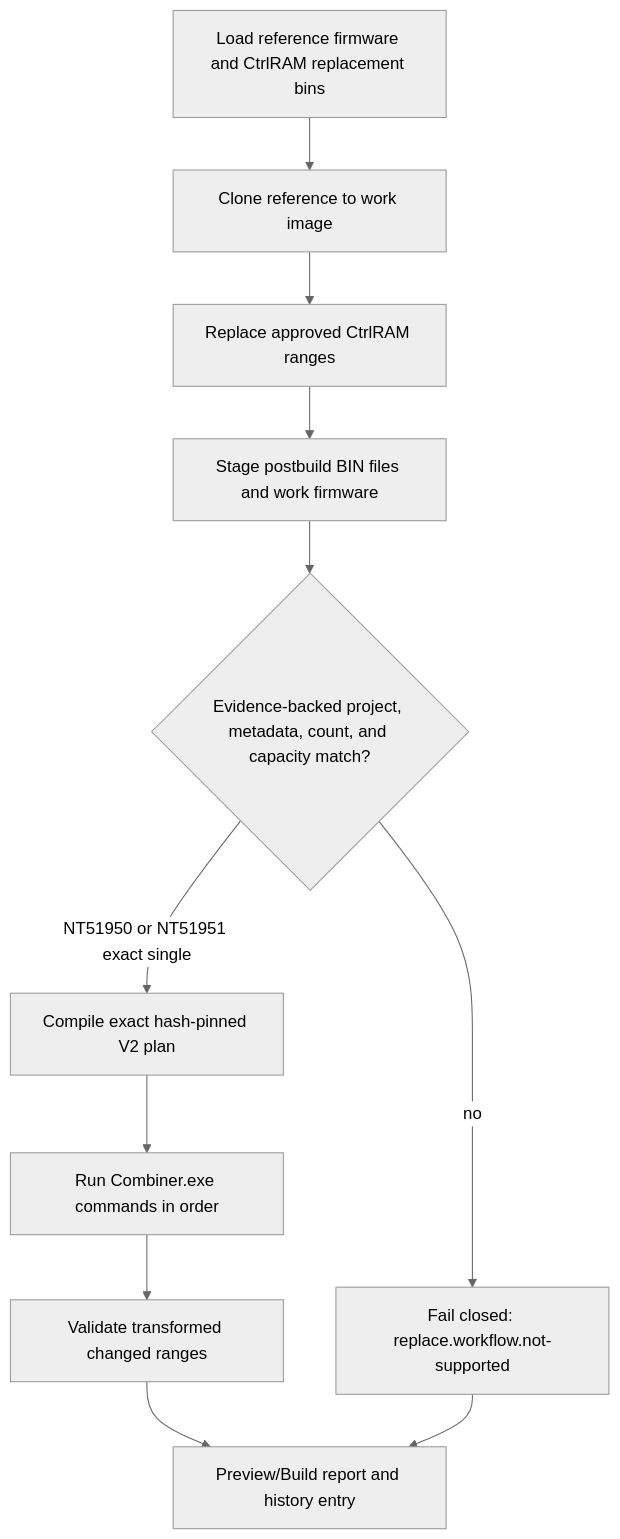
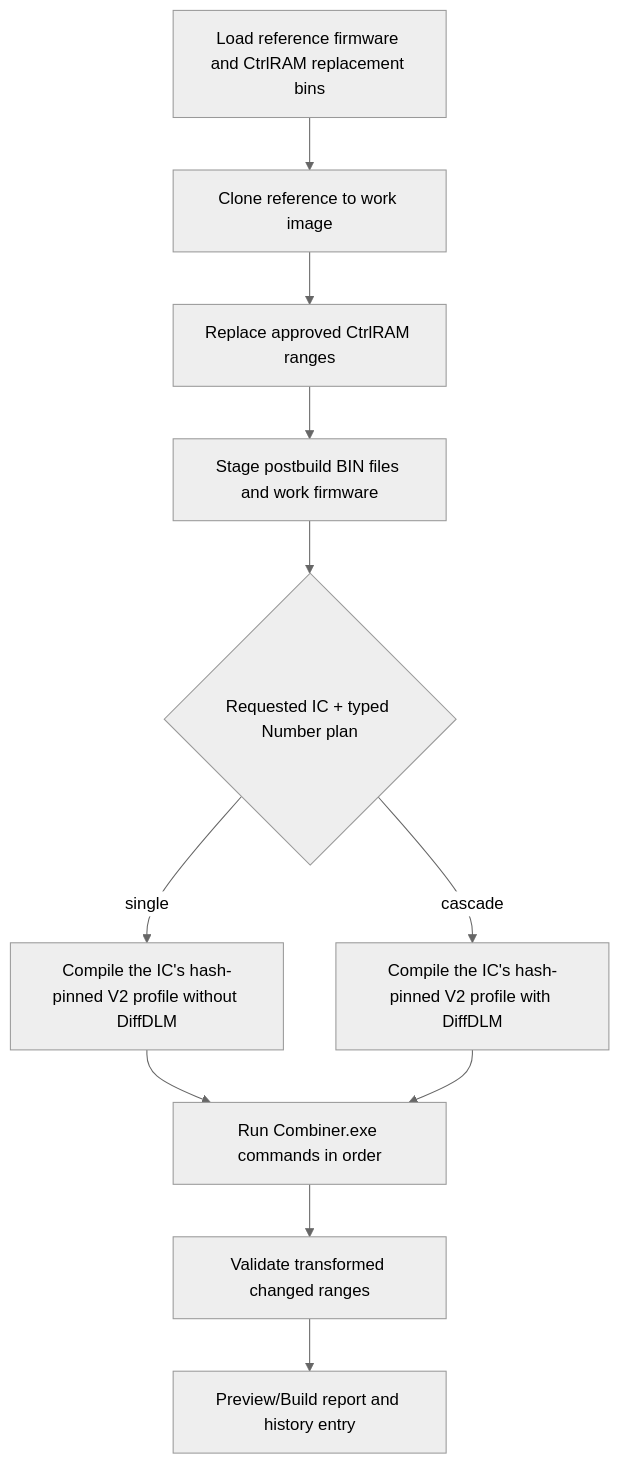
One commit to Dennis40816/nvt_fw_combiner changed diagram 12 of 13 in docs/architecture/ic-workflow-flowcharts.md. Above: the diagram before and after it, drawn with Mermaid (neutral theme). The commit also changed other lines of this file and 133 other files, not shown here.

````diff
--- a/docs/architecture/ic-workflow-flowcharts.md
+++ b/docs/architecture/ic-workflow-flowcharts.md
@@ -297,13 +309,13 @@
 ```mermaid
 flowchart TD
     A["Load reference firmware and CtrlRAM replacement bins"] --> B["Clone reference to work image"]
     B --> C["Replace approved CtrlRAM ranges"]
     C --> D["Stage postbuild BIN files and work firmware"]
-    D --> E{"Evidence-backed project, metadata, count, and capacity match?"}
-    E -- "NT51950 or NT51951 exact single" --> F["Compile exact hash-pinned V2 plan"]
-    E -- "no" --> L["Fail closed: replace.workflow.not-supported"]
+    D --> E{"Requested IC + typed Number plan"}
+    E -- "single" --> F["Compile the IC's hash-pinned V2 profile without DiffDLM"]
+    E -- "cascade" --> L["Compile the IC's hash-pinned V2 profile with DiffDLM"]
     F --> H["Run Combiner.exe commands in order"]
     H --> I["Validate transformed changed ranges"]
     I --> J["Preview/Build report and history entry"]
-    L --> J
+    L --> H
 ```
````
